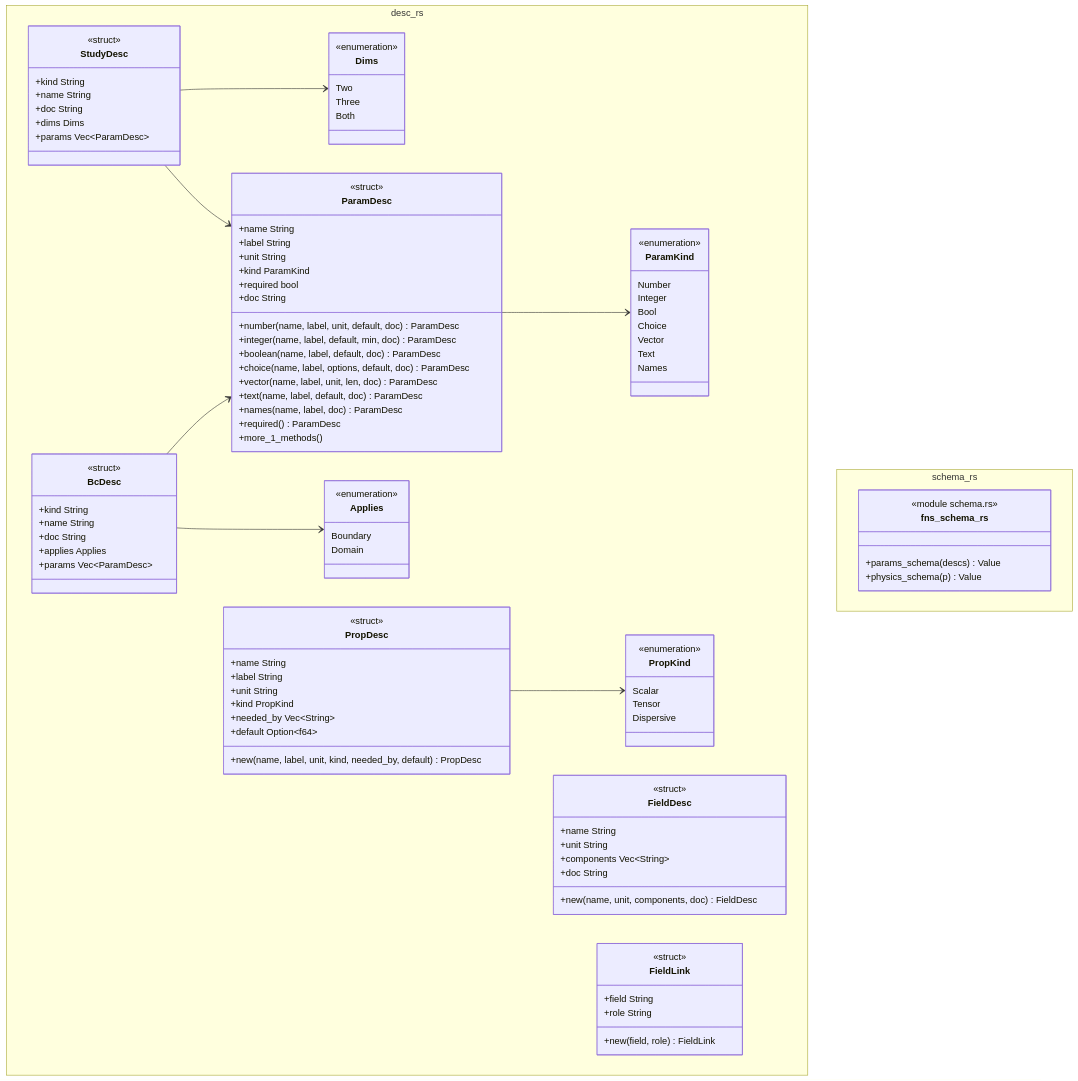
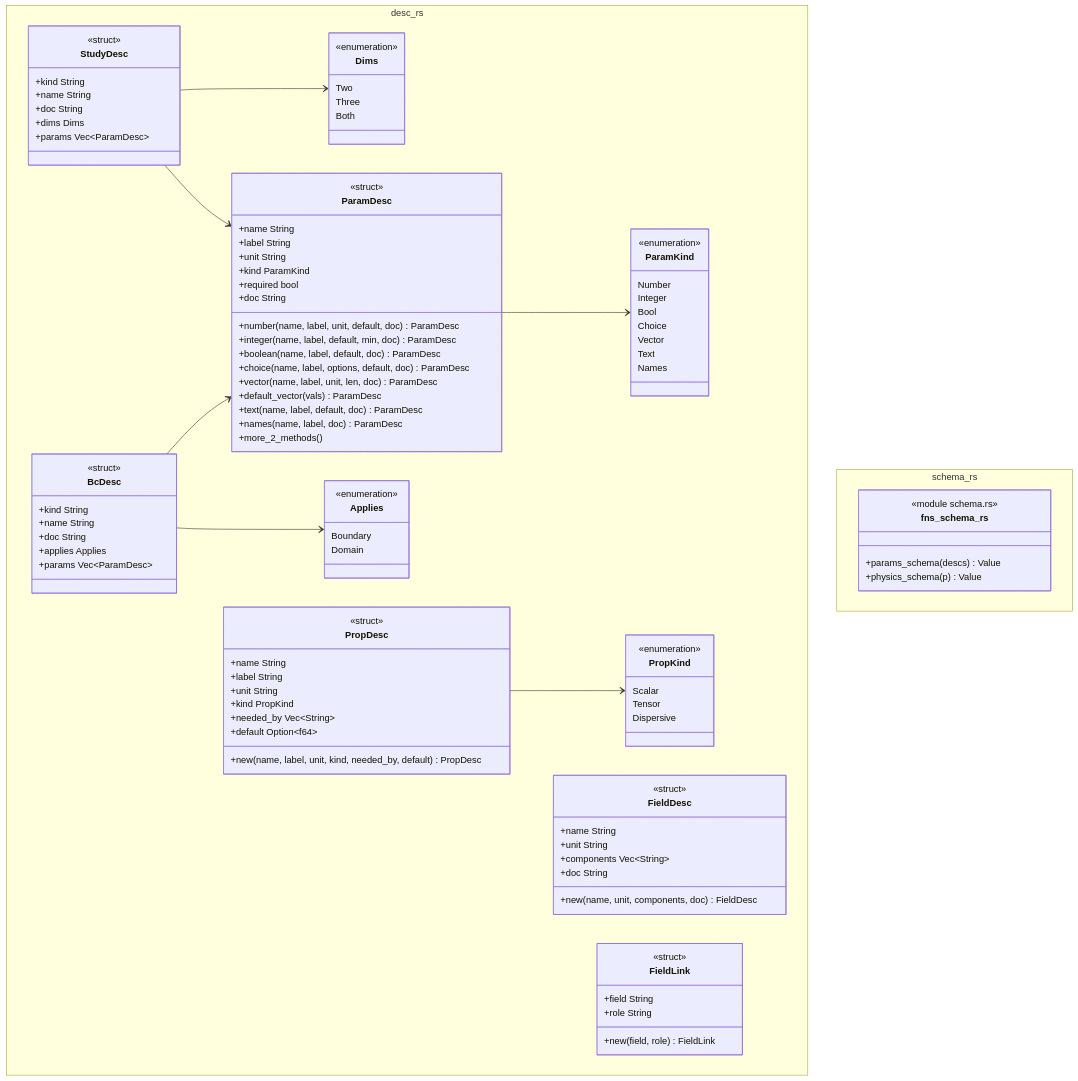
The diagram in docs/architecture/c4/4-code/physics/descriptors.md (p-j-r/nyx), drawn with Mermaid before and after one commit. The commit also changed other lines of this file and 208 other files, not shown here.

```diff
--- a/docs/architecture/c4/4-code/physics/descriptors.md
+++ b/docs/architecture/c4/4-code/physics/descriptors.md
@@ -66,10 +66,10 @@
         +boolean(name, label, default, doc) ParamDesc
         +choice(name, label, options, default, doc) ParamDesc
         +vector(name, label, unit, len, doc) ParamDesc
+        +default_vector(vals) ParamDesc
         +text(name, label, default, doc) ParamDesc
         +names(name, label, doc) ParamDesc
-        +required() ParamDesc
-        +more_1_methods()
+        +more_2_methods()
     }
     class StudyDesc {
         <<struct>>
```
